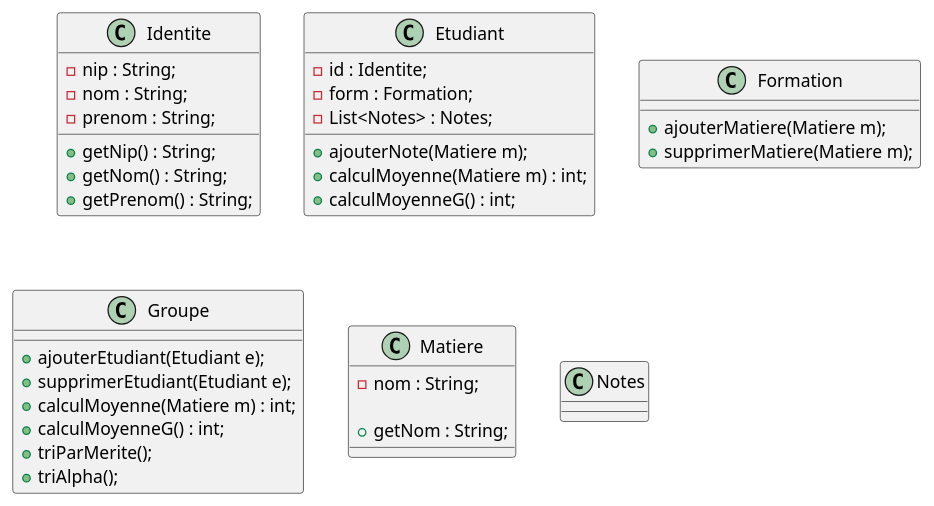
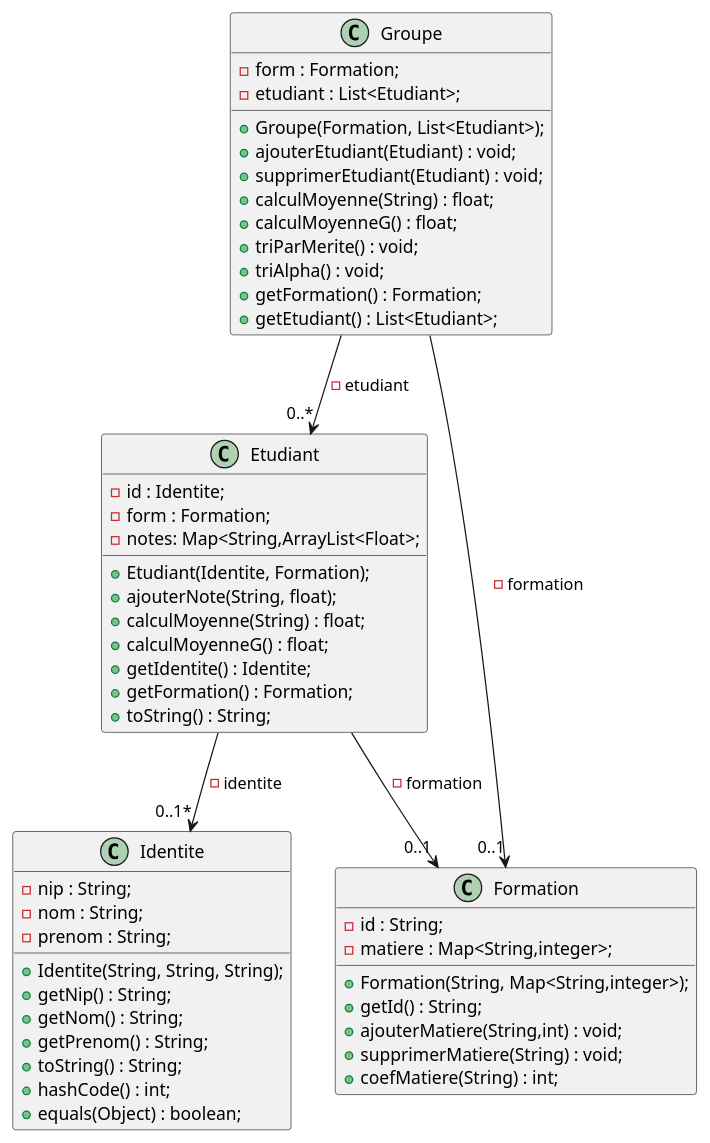
One commit to Wass54/Ex3-CPOA-ElBakhtaoui-Karakaya changed the diagram in DiagClasse.puml. Above: the diagram before and after it, drawn with PlantUML.

Commit message:
Ajout du diagramme de classe

```diff
--- a/DiagClasse.puml
+++ b/DiagClasse.puml
@@ -1,63 +1,76 @@
 @startuml
 
 '''classes 
 
 class Identite{
 
     - nip : String;
     - nom : String;
     - prenom : String;
 
+    + Identite(String, String, String);
     + getNip() : String;
     + getNom() : String;
     + getPrenom() : String;
+    + toString() : String;
+    + hashCode() : int;
+    + equals(Object) : boolean;
 
 }
 
 class Etudiant{
 
     - id : Identite;
     - form : Formation;
-    - List<Notes> : Notes;
+    - notes: Map<String,ArrayList<Float>;
 
-    + ajouterNote(Matiere m);
-    + calculMoyenne(Matiere m) : int;
-    + calculMoyenneG() : int;
+    + Etudiant(Identite, Formation);
+    + ajouterNote(String, float);
+    + calculMoyenne(String) : float;
+    + calculMoyenneG() : float;
+    + getIdentite() : Identite;
+    + getFormation() : Formation;
+    + toString() : String;
 
 
 }
 
 class Formation{
 
+    - id : String;
+    - matiere : Map<String,integer>;
     
-
-    + ajouterMatiere(Matiere m);
-    + supprimerMatiere(Matiere m);
+    + Formation(String, Map<String,integer>);
+    + getId() : String;
+    + ajouterMatiere(String,int) : void;
+    + supprimerMatiere(String) : void;
+    + coefMatiere(String) : int;
 
 }
 
 class Groupe{
 
-    + ajouterEtudiant(Etudiant e);
-    + supprimerEtudiant(Etudiant e);
-    + calculMoyenne(Matiere m) : int;
-    + calculMoyenneG() : int;
-    + triParMerite();
-    + triAlpha();
+    - form : Formation;
+    - etudiant : List<Etudiant>;
 
+    + Groupe(Formation, List<Etudiant>);
+    + ajouterEtudiant(Etudiant) : void;
+    + supprimerEtudiant(Etudiant) : void;
+    + calculMoyenne(String) : float;
+    + calculMoyenneG() : float;
+    + triParMerite() : void;
+    + triAlpha() : void;
+    + getFormation() : Formation;
+    + getEtudiant() : List<Etudiant>;
 }
 
-class Matiere{
-
-    - nom : String;
-
-    + getNom : String;
-
-}
-
-class Notes{
+'''liaisons
+Etudiant  --> "0..1*" Identite : -identite
+Etudiant  --> "0..1" Formation : -formation
+Groupe  --> "0..*" Etudiant : -etudiant
+Groupe  --> "0..1" Formation : -formation
 
 
-}
+
 
 @enduml
```
